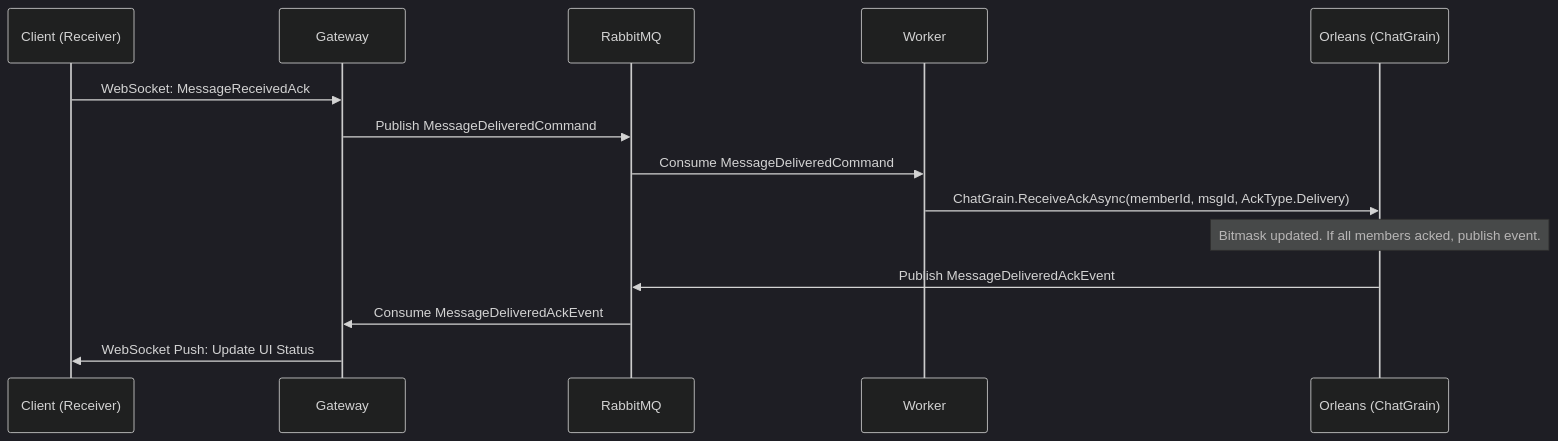
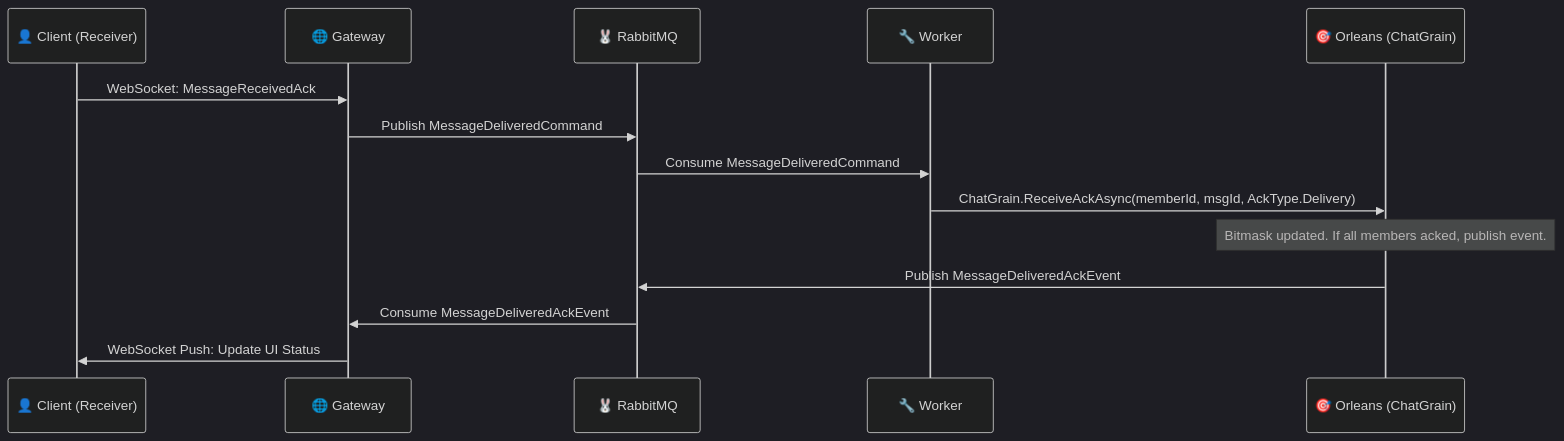
Before and after one commit to abanoubsamer/ChatSystem: the second of 3 diagrams in docs/FEATURES.md, drawn with Mermaid (dark theme). The commit also changed other lines of this file, not shown here.

````diff
--- a/docs/FEATURES.md
+++ b/docs/FEATURES.md
@@ -74,17 +83,17 @@
 ```mermaid
 sequenceDiagram
-    participant C as Client (Receiver)
-    participant G as Gateway
-    participant R as RabbitMQ
-    participant W as Worker
-    participant O as Orleans (ChatGrain)
+    participant C as 👤 Client (Receiver)
+    participant G as 🌐 Gateway
+    participant R as 🐰 RabbitMQ
+    participant W as 🔧 Worker
+    participant O as 🎯 Orleans (ChatGrain)
 
     C->>G: WebSocket: MessageReceivedAck
     G->>R: Publish MessageDeliveredCommand
     R->>W: Consume MessageDeliveredCommand
     W->>O: ChatGrain.ReceiveAckAsync(memberId, msgId, AckType.Delivery)
     Note over O: Bitmask updated. If all members acked, publish event.
     O->>R: Publish MessageDeliveredAckEvent
     R->>G: Consume MessageDeliveredAckEvent
     G->>C: WebSocket Push: Update UI Status
 ```
````
